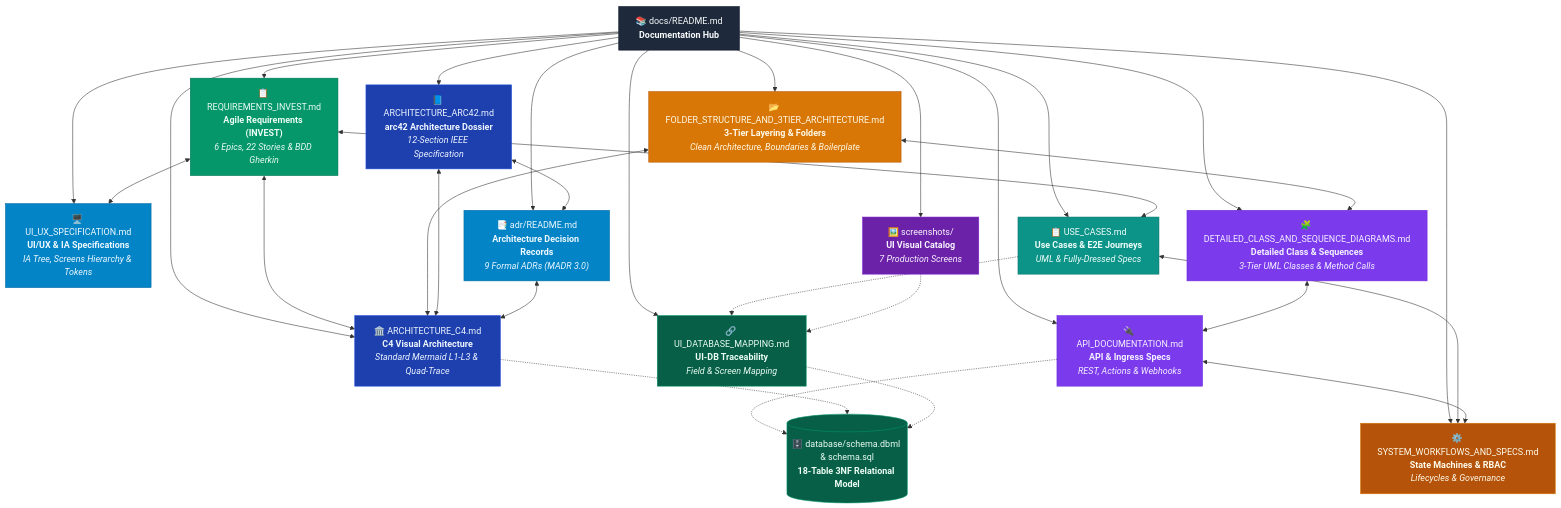
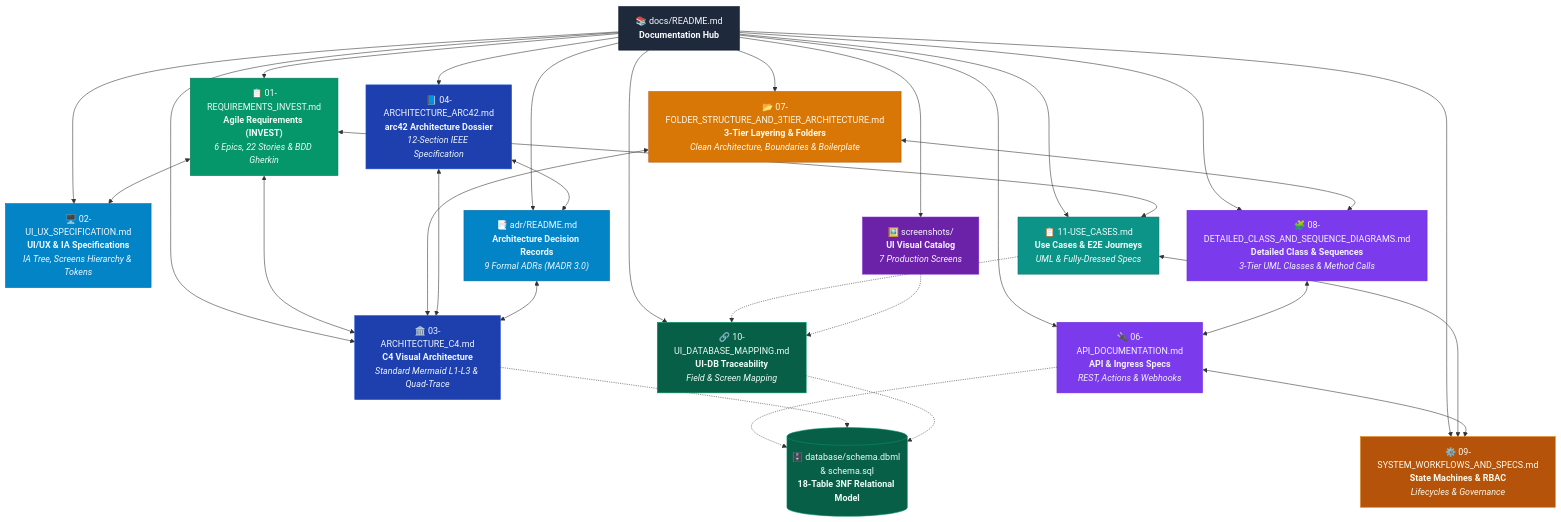
Before and after one commit to QuanAnh280605/NguyenAnhQuan-Household-Management: the diagram in docs/README.md, drawn with Mermaid. The commit also changed other lines of this file and 16 other files, not shown here.

Commit message:
docs: add architecture decision records and project documentation

````diff
--- a/docs/README.md
+++ b/docs/README.md
@@ -5,63 +5,63 @@
 ```mermaid
 flowchart TD
     Hub["📚 docs/README.md<br/><b>Documentation Hub</b>"]
     
-    Invest["📋 REQUIREMENTS_INVEST.md<br/><b>Agile Requirements (INVEST)</b><br/><i>6 Epics, 22 Stories & BDD Gherkin</i>"]
-    UIUX["🖥️ UI_UX_SPECIFICATION.md<br/><b>UI/UX & IA Specifications</b><br/><i>IA Tree, Screens Hierarchy & Tokens</i>"]
-    Folder["📂 FOLDER_STRUCTURE_AND_3TIER_ARCHITECTURE.md<br/><b>3-Tier Layering & Folders</b><br/><i>Clean Architecture, Boundaries & Boilerplate</i>"]
-    UML["🧩 DETAILED_CLASS_AND_SEQUENCE_DIAGRAMS.md<br/><b>Detailed Class & Sequences</b><br/><i>3-Tier UML Classes & Method Calls</i>"]
-    Arc42["📘 ARCHITECTURE_ARC42.md<br/><b>arc42 Architecture Dossier</b><br/><i>12-Section IEEE Specification</i>"]
-    C4["🏛️ ARCHITECTURE_C4.md<br/><b>C4 Visual Architecture</b><br/><i>Standard Mermaid L1-L3 & Quad-Trace</i>"]
+    Invest["📋 01-REQUIREMENTS_INVEST.md<br/><b>Agile Requirements (INVEST)</b><br/><i>6 Epics, 22 Stories & BDD Gherkin</i>"]
+    UIUX["🖥️ 02-UI_UX_SPECIFICATION.md<br/><b>UI/UX & IA Specifications</b><br/><i>IA Tree, Screens Hierarchy & Tokens</i>"]
+    Folder["📂 07-FOLDER_STRUCTURE_AND_3TIER_ARCHITECTURE.md<br/><b>3-Tier Layering & Folders</b><br/><i>Clean Architecture, Boundaries & Boilerplate</i>"]
+    UML["🧩 08-DETAILED_CLASS_AND_SEQUENCE_DIAGRAMS.md<br/><b>Detailed Class & Sequences</b><br/><i>3-Tier UML Classes & Method Calls</i>"]
+    Arc42["📘 04-ARCHITECTURE_ARC42.md<br/><b>arc42 Architecture Dossier</b><br/><i>12-Section IEEE Specification</i>"]
+    C4["🏛️ 03-ARCHITECTURE_C4.md<br/><b>C4 Visual Architecture</b><br/><i>Standard Mermaid L1-L3 & Quad-Trace</i>"]
     ADR["📑 adr/README.md<br/><b>Architecture Decision Records</b><br/><i>9 Formal ADRs (MADR 3.0)</i>"]
-    UseCases["📋 USE_CASES.md<br/><b>Use Cases & E2E Journeys</b><br/><i>UML & Fully-Dressed Specs</i>"]
-    Specs["⚙️ SYSTEM_WORKFLOWS_AND_SPECS.md<br/><b>State Machines & RBAC</b><br/><i>Lifecycles & Governance</i>"]
-    Api["🔌 API_DOCUMENTATION.md<br/><b>API & Ingress Specs</b><br/><i>REST, Actions & Webhooks</i>"]
-    Trace["🔗 UI_DATABASE_MAPPING.md<br/><b>UI-DB Traceability</b><br/><i>Field & Screen Mapping</i>"]
+    UseCases["📋 11-USE_CASES.md<br/><b>Use Cases & E2E Journeys</b><br/><i>UML & Fully-Dressed Specs</i>"]
+    Specs["⚙️ 09-SYSTEM_WORKFLOWS_AND_SPECS.md<br/><b>State Machines & RBAC</b><br/><i>Lifecycles & Governance</i>"]
+    Api["🔌 06-API_DOCUMENTATION.md<br/><b>API & Ingress Specs</b><br/><i>REST, Actions & Webhooks</i>"]
+    Trace["🔗 10-UI_DATABASE_MAPPING.md<br/><b>UI-DB Traceability</b><br/><i>Field & Screen Mapping</i>"]
     Shots["🖼️ screenshots/<br/><b>UI Visual Catalog</b><br/><i>7 Production Screens</i>"]
     DB[("🗄️ database/schema.dbml & schema.sql<br/><b>18-Table 3NF Relational Model</b>")]
 
     Hub --> Invest
     Hub --> UIUX
     Hub --> Folder
     Hub --> UML
     Hub --> Arc42
     Hub --> C4
     Hub --> ADR
     Hub --> UseCases
     Hub --> Specs
     Hub --> Api
     Hub --> Trace
     Hub --> Shots
 
     Invest <--> UIUX
     Invest <--> C4
     Invest <--> UseCases
     Folder <--> UML
     Folder <--> C4
     UML <--> Api
     Arc42 <--> C4
     Arc42 <--> ADR
     ADR <--> C4
     UseCases <--> Specs
     Api <--> Specs
     Api -.-> DB
     C4 -.-> DB
     Trace -.-> DB
     UseCases -.-> Trace
     Shots -.-> Trace
 
     style Hub fill:#1e293b,stroke:#0f172a,color:#f8fafc
     style Invest fill:#059669,stroke:#047857,color:#ecfdf5
     style UIUX fill:#0284c7,stroke:#0369a1,color:#f0f9ff
     style Folder fill:#d97706,stroke:#b45309,color:#fffbeb
     style UML fill:#7c3aed,stroke:#6d28d9,color:#f5f3ff
     style Arc42 fill:#1e40af,stroke:#1d4ed8,color:#eff6ff
     style C4 fill:#1e40af,stroke:#1d4ed8,color:#eff6ff
     style ADR fill:#0284c7,stroke:#0369a1,color:#f0f9ff
     style UseCases fill:#0d9488,stroke:#0f766e,color:#f0fdfa
     style Specs fill:#b45309,stroke:#d97706,color:#fffbeb
     style Api fill:#7c3aed,stroke:#6d28d9,color:#f5f3ff
     style DB fill:#065f46,stroke:#059669,color:#ecfdf5
     style Trace fill:#065f46,stroke:#059669,color:#ecfdf5
     style Shots fill:#6b21a8,stroke:#7e22ce,color:#faf5ff
 ```
````
